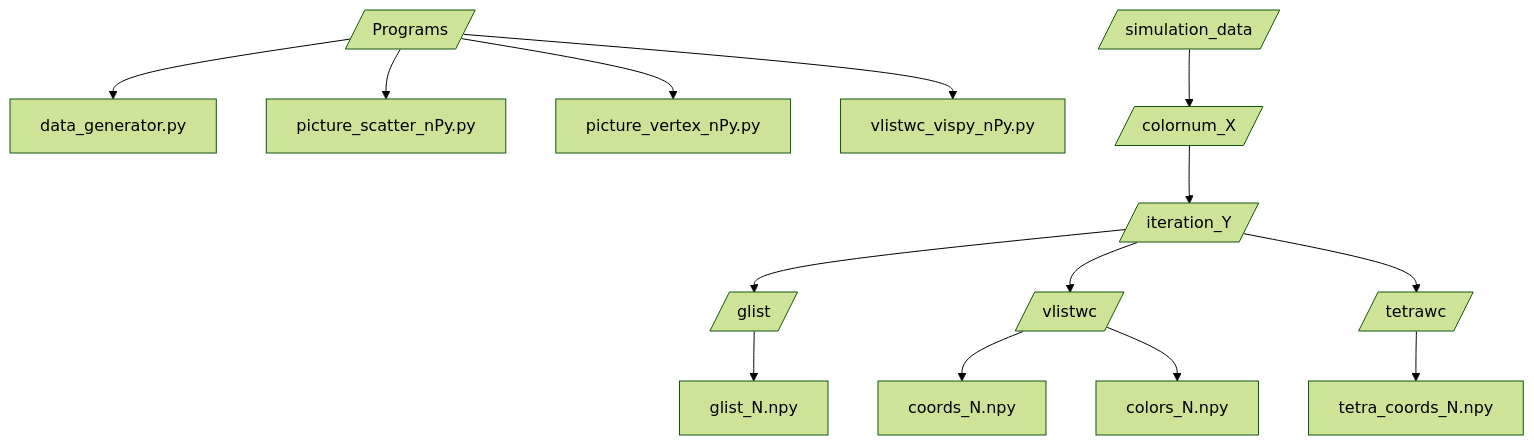
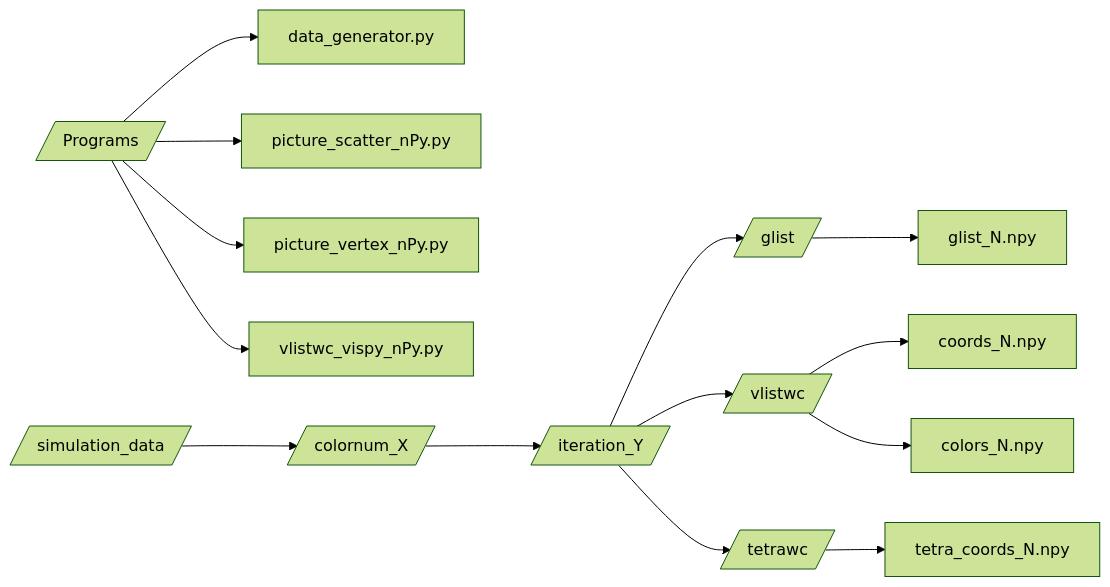
Before and after one commit to M-Hiro-tex/thesis_program: the diagram in README.md, drawn with Mermaid (forest theme). The commit also changed other lines of this file, not shown here.

Commit message:
rewrote README.md

````diff
--- a/README.md
+++ b/README.md
@@ -4,17 +4,17 @@
 ```mermaid
-graph TD
+graph LR
     Programs[/Programs/] --> data_generator_py[data_generator.py]
     Programs --> picture_scatter_nPy_py[picture_scatter_nPy.py]
     Programs --> picture_vertex_nPy_py[picture_vertex_nPy.py]
     Programs --> vlistwc_vispy_nPy_py[vlistwc_vispy_nPy.py]
 
     simulation_data[/simulation_data/] --> colornum_X[/colornum_X/]
     colornum_X --> iteration_Y[/iteration_Y/]
     iteration_Y --> glist[/glist/]
     glist --> glist_N_py[glist_N.npy]
     iteration_Y --> vlistwc[/vlistwc/]
     vlistwc --> coords_N_py[coords_N.npy]
     vlistwc --> colors_N_py[colors_N.npy]
     iteration_Y --> tetrawc[/tetrawc/]
     tetrawc --> tetra_coords_N_py[tetra_coords_N.npy]
 ```
````
